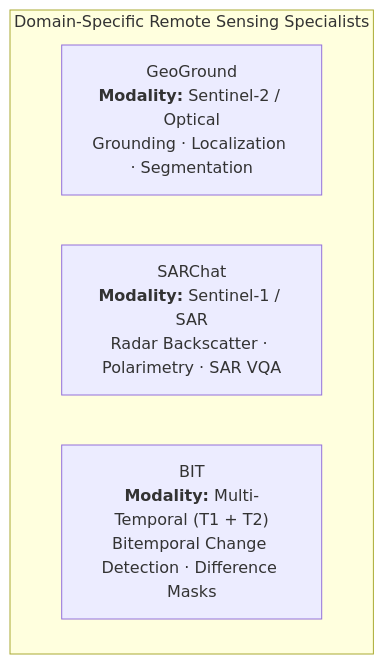
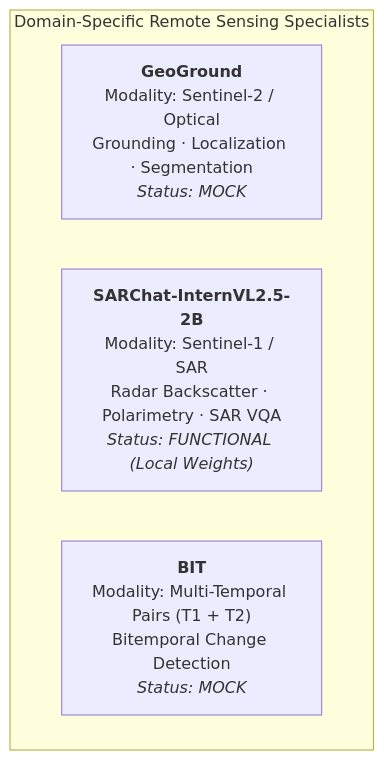
One commit to amulyagavankar20-glitch/SatQuery changed the second of 3 diagrams in docs/SatQuery_AI_System_Architecture.md. Above: the diagram before and after it, drawn with Mermaid. The commit also changed other lines of this file and 14 other files, not shown here.

````diff
--- a/docs/SatQuery_AI_System_Architecture.md
+++ b/docs/SatQuery_AI_System_Architecture.md
@@ -108,8 +234,8 @@
 ```mermaid
 flowchart TD
     subgraph Specialists ["Domain-Specific Remote Sensing Specialists"]
-        GG["GeoGround<br/><b>Modality:</b> Sentinel-2 / Optical<br/>Grounding · Localization · Segmentation"]
-        SC["SARChat<br/><b>Modality:</b> Sentinel-1 / SAR<br/>Radar Backscatter · Polarimetry · SAR VQA"]
-        BIT_M["BIT<br/><b>Modality:</b> Multi-Temporal (T1 + T2)<br/>Bitemporal Change Detection · Difference Masks"]
+        GG["<b>GeoGround</b><br/>Modality: Sentinel-2 / Optical<br/>Grounding · Localization · Segmentation<br/><i>Status: MOCK</i>"]
+        SC["<b>SARChat-InternVL2.5-2B</b><br/>Modality: Sentinel-1 / SAR<br/>Radar Backscatter · Polarimetry · SAR VQA<br/><i>Status: FUNCTIONAL (Local Weights)</i>"]
+        BIT_M["<b>BIT</b><br/>Modality: Multi-Temporal Pairs (T1 + T2)<br/>Bitemporal Change Detection<br/><i>Status: MOCK</i>"]
     end
 ```
````
